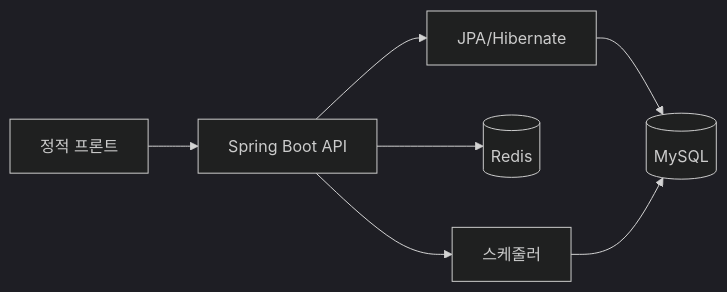
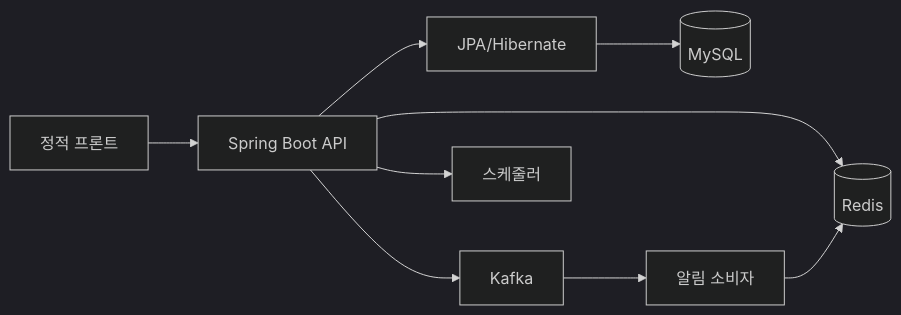
Before and after one commit to kiy3035/Ticketing: the second of 3 diagrams in README.md, drawn with Mermaid (dark theme). The commit also changed other lines of this file and 45 other files, not shown here.

````diff
--- a/README.md
+++ b/README.md
@@ -22,9 +25,11 @@
 ```mermaid
 flowchart LR
     FE[정적 프론트] --> API[Spring Boot API]
     API --> JPA[JPA/Hibernate]
     JPA --> DB[(MySQL)]
     API --> R[(Redis)]
+    API --> K[Kafka]
     API --> S[스케줄러]
-    S --> DB
+    K --> NC[알림 소비자]
+    NC --> R
 ```
````
